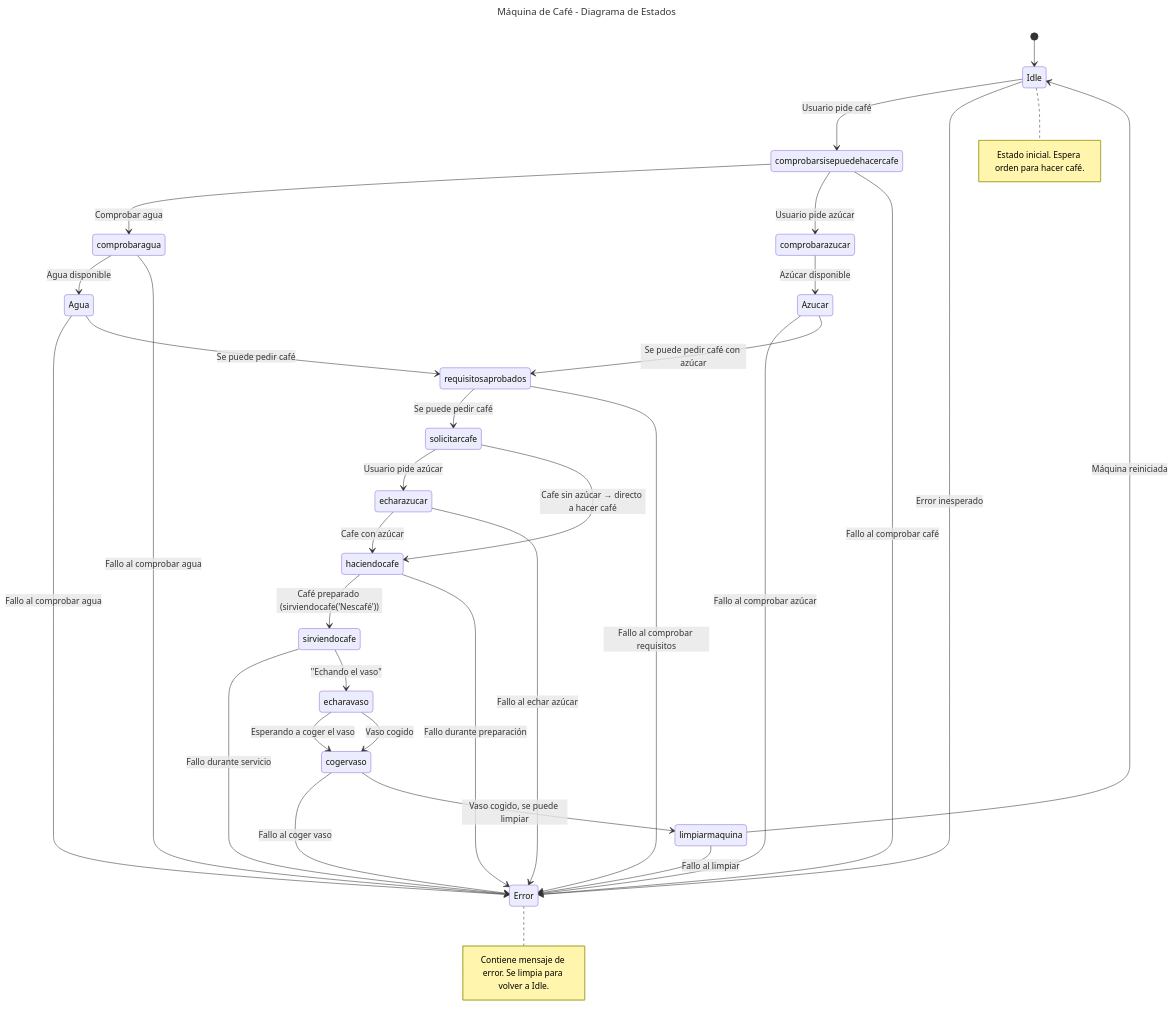
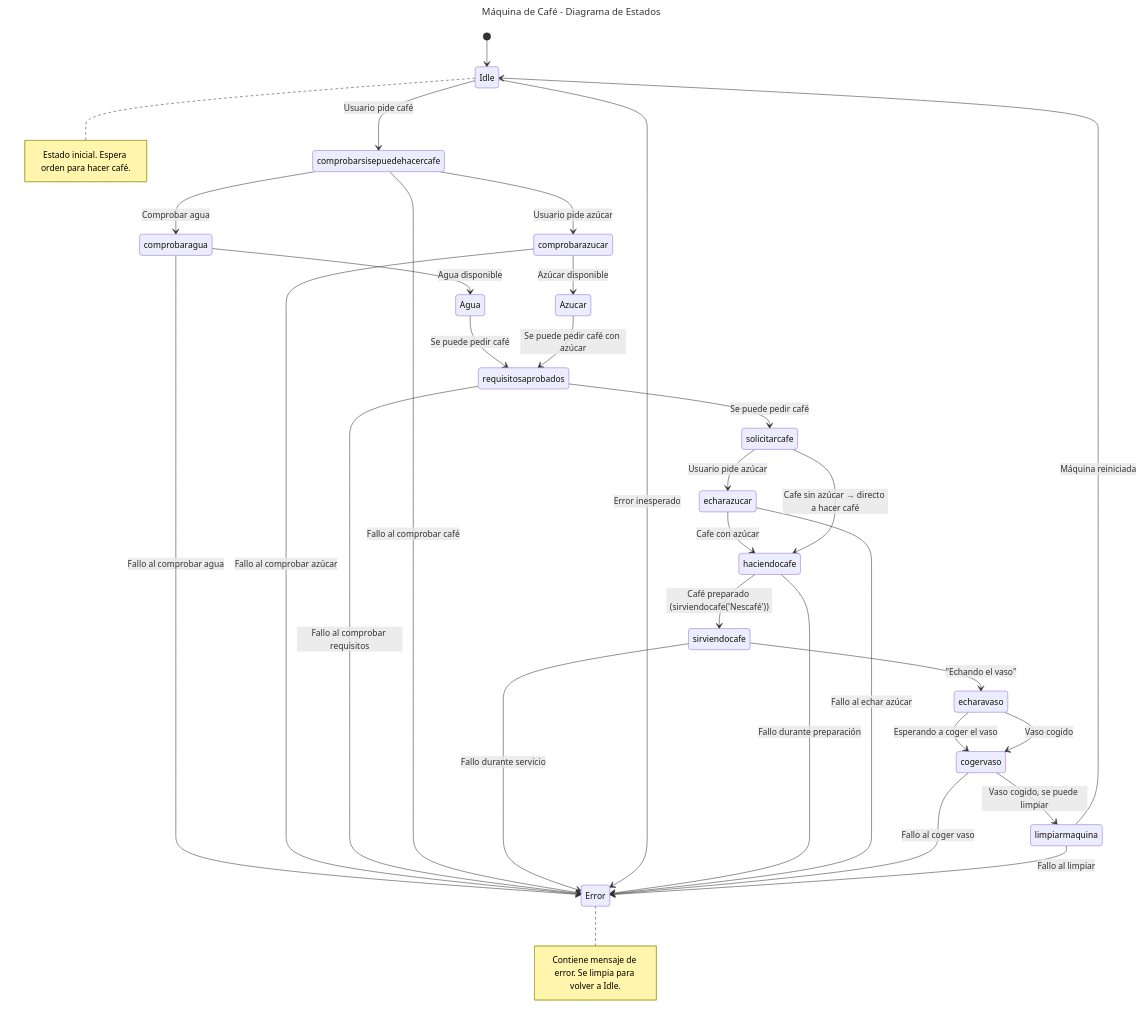
One commit to shermidagre/PMDM changed the diagram in 1trabajo/src/diagrama.mmd. Above: the diagram before and after it, drawn with Mermaid.

Commit message:
random para probar

```diff
--- a/1trabajo/src/diagrama.mmd
+++ b/1trabajo/src/diagrama.mmd
@@ -1,40 +1,39 @@
 ---
 title: Máquina de Café - Diagrama de Estados
 ---
 stateDiagram-v2
 [*] --> Idle
 Idle --> comprobarsisepuedehacercafe: Usuario pide café
 
 comprobarsisepuedehacercafe --> comprobaragua: Comprobar agua
 comprobaragua --> Agua: Agua disponible
-Agua --> Error: Fallo al comprobar agua
 Agua --> requisitosaprobados: Se puede pedir café
 comprobaragua --> Error: Fallo al comprobar agua
 
 comprobarsisepuedehacercafe --> comprobarazucar : Usuario pide azúcar
 comprobarazucar --> Azucar: Azúcar disponible
-Azucar --> Error: Fallo al comprobar azúcar
+comprobarazucar --> Error : Fallo al comprobar azúcar
 Azucar --> requisitosaprobados: Se puede pedir café con azúcar
 
 requisitosaprobados --> solicitarcafe: Se puede pedir café
 requisitosaprobados --> Error: Fallo al comprobar requisitos
 
 comprobarsisepuedehacercafe --> Error: Fallo al comprobar café
 solicitarcafe --> echarazucar: Usuario pide azúcar
 echarazucar --> haciendocafe: Cafe con azúcar
 
 solicitarcafe --> haciendocafe: Cafe sin azúcar → directo a hacer café
 haciendocafe --> sirviendocafe: Café preparado (sirviendocafe('Nescafé'))
 sirviendocafe --> Error: Fallo durante servicio
 Idle --> Error: Error inesperado
 haciendocafe --> Error: Fallo durante preparación
 echarazucar --> Error: Fallo al echar azúcar
 sirviendocafe --> echaravaso: "Echando el vaso"
 echaravaso --> cogervaso: Esperando a coger el vaso
 cogervaso --> Error: Fallo al coger vaso
 echaravaso --> cogervaso: Vaso cogido
 cogervaso --> limpiarmaquina:  Vaso cogido, se puede limpiar
 limpiarmaquina --> Idle: Máquina reiniciada
 limpiarmaquina --> Error: Fallo al limpiar
 note right of Idle: Estado inicial. Espera orden para hacer café.
 note right of Error: Contiene mensaje de error. Se limpia para volver a Idle.
```
